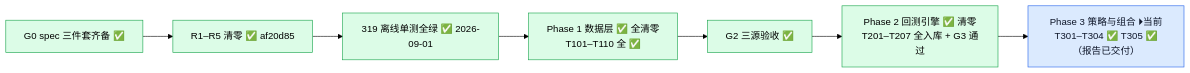
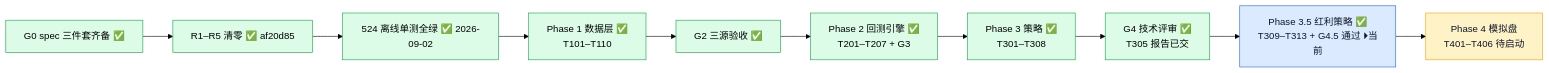
The second of 6 diagrams in docs/project_status_flowchart.md (YZml1507/FinAI2.0), drawn with Mermaid (forest theme) before and after one commit. The commit also changed other lines of this file and 3 other files, not shown here.

Commit message:
docs: Phase 3.5 状态标记 — CLAUDE.md G4.5 门禁通过 + 流程图同步（T309-T313 全清零 / 524 测试基线 / Phase 4 解锁待 T312）

````diff
--- a/docs/project_status_flowchart.md
+++ b/docs/project_status_flowchart.md
@@ -29,15 +29,21 @@
 ```mermaid
 flowchart LR
-  G0[G0 spec 三件套齐备 ✅] --> R15[R1–R5 清零 ✅ af20d85] --> UT[319 离线单测全绿 ✅ 2026-09-01]
-  UT --> P1[Phase 1 数据层 ✅ 全清零<br/>T101–T110 全 ✅]
+  G0[G0 spec 三件套齐备 ✅] --> R15[R1–R5 清零 ✅ af20d85] --> UT[524 离线单测全绿 ✅ 2026-09-02]
+  UT --> P1[Phase 1 数据层 ✅<br/>T101–T110]
   P1 --> G2[G2 三源验收 ✅]
-  G2 --> P2C[Phase 2 回测引擎 ✅ 清零<br/>T201–T207 全入库 + G3 通过]
-  P2C --> P3C[Phase 3 策略与组合 ⏵当前<br/>T301–T304 ✅ T305 ✅（报告已交付）]
+  G2 --> P2[Phase 2 回测引擎 ✅<br/>T201–T207 + G3]
+  P2 --> P3[Phase 3 策略 ✅<br/>T301–T308]
+  P3 --> G4[G4 技术评审 ✅<br/>T305 报告已交]
+  G4 --> P35[Phase 3.5 红利策略 ✅<br/>T309–T313 + G4.5 通过 ⏵当前]
+  P35 --> P4[Phase 4 模拟盘<br/>T401–T406 待启动]
   style G0 fill:#dcfce7,stroke:#16a34a
   style R15 fill:#dcfce7,stroke:#16a34a
   style UT fill:#dcfce7,stroke:#16a34a
   style P1 fill:#dcfce7,stroke:#16a34a
   style G2 fill:#dcfce7,stroke:#16a34a
-  style P2C fill:#dcfce7,stroke:#16a34a
-  style P3C fill:#dbeafe,stroke:#2563eb,color:#0f172a
+  style P2 fill:#dcfce7,stroke:#16a34a
+  style P3 fill:#dcfce7,stroke:#16a34a
+  style G4 fill:#dcfce7,stroke:#16a34a
+  style P35 fill:#dbeafe,stroke:#2563eb,color:#0f172a
+  style P4 fill:#fef3c7,stroke:#f59e0b,color:#0f172a
 ```
````
